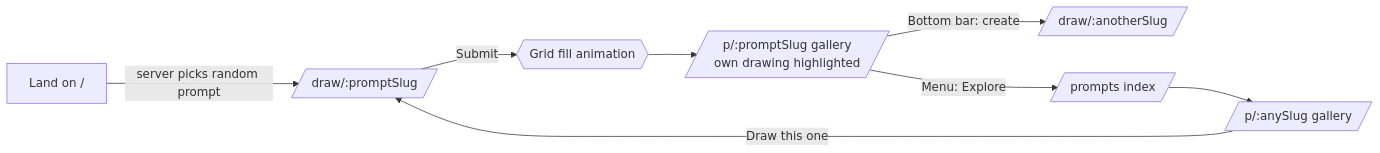
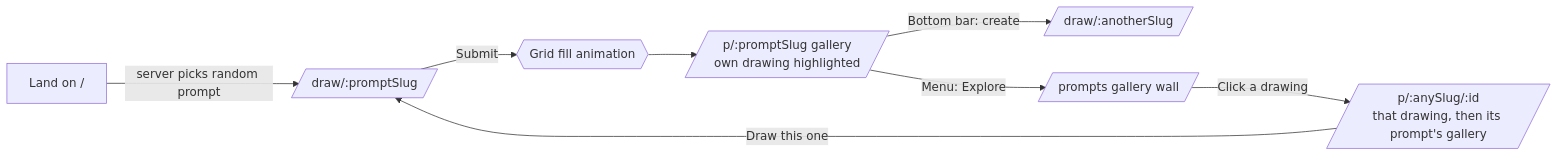
Before and after one commit to rebeccali/solcollab: the first of 2 diagrams in docs/DESIGN.md, drawn with Mermaid. The commit also changed other lines of this file and 9 other files, not shown here.

First line of the commit message:
Turn Explore into a tessellated gallery wall of drawings

````diff
--- a/docs/DESIGN.md
+++ b/docs/DESIGN.md
@@ -37,10 +37,10 @@
 ```mermaid
 flowchart LR
   A[Land on /] -->|server picks random prompt| B[/draw/:promptSlug/]
   B -->|Submit| C{{Grid fill animation}}
   C --> D[/p/:promptSlug gallery<br/>own drawing highlighted/]
   D -->|Bottom bar: create| B2[/draw/:anotherSlug/]
-  D -->|Menu: Explore| E[/prompts index/]
-  E --> D2[/p/:anySlug gallery/]
+  D -->|Menu: Explore| E[/prompts gallery wall/]
+  E -->|Click a drawing| D2[/p/:anySlug/:id<br/>that drawing, then its prompt's gallery/]
   D2 -->|Draw this one| B
 ```
````
